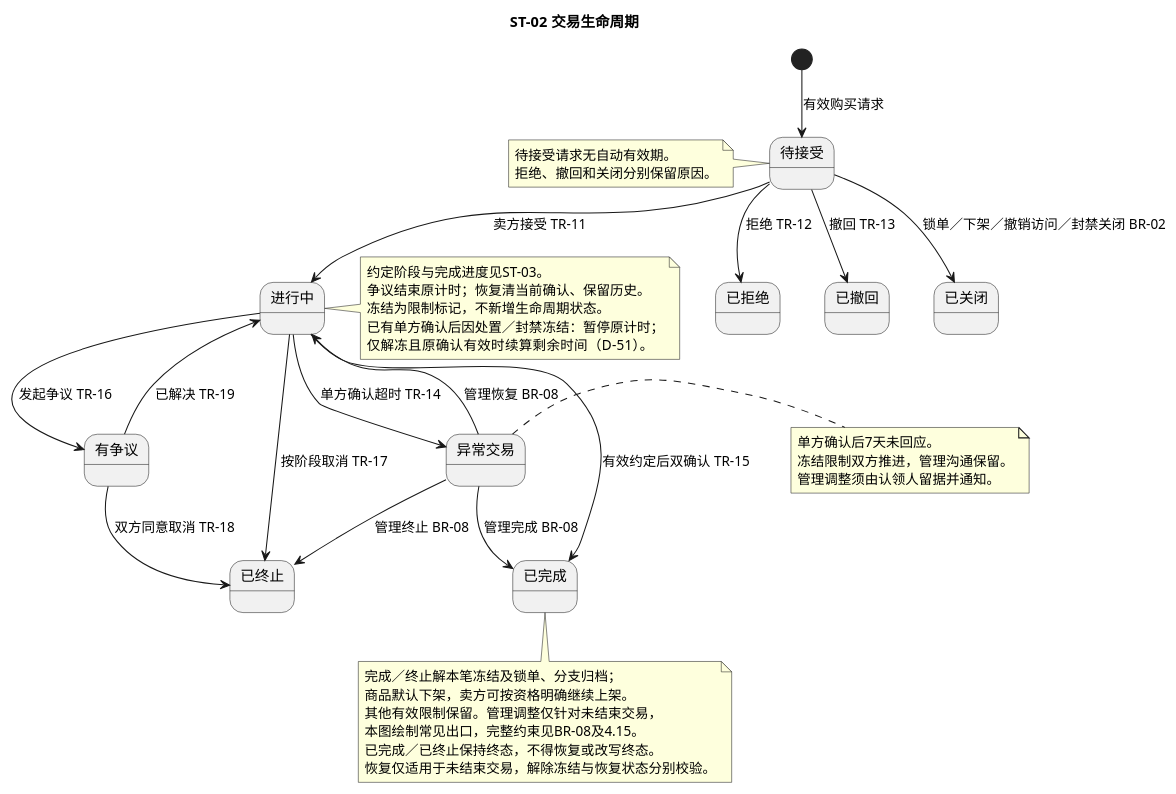
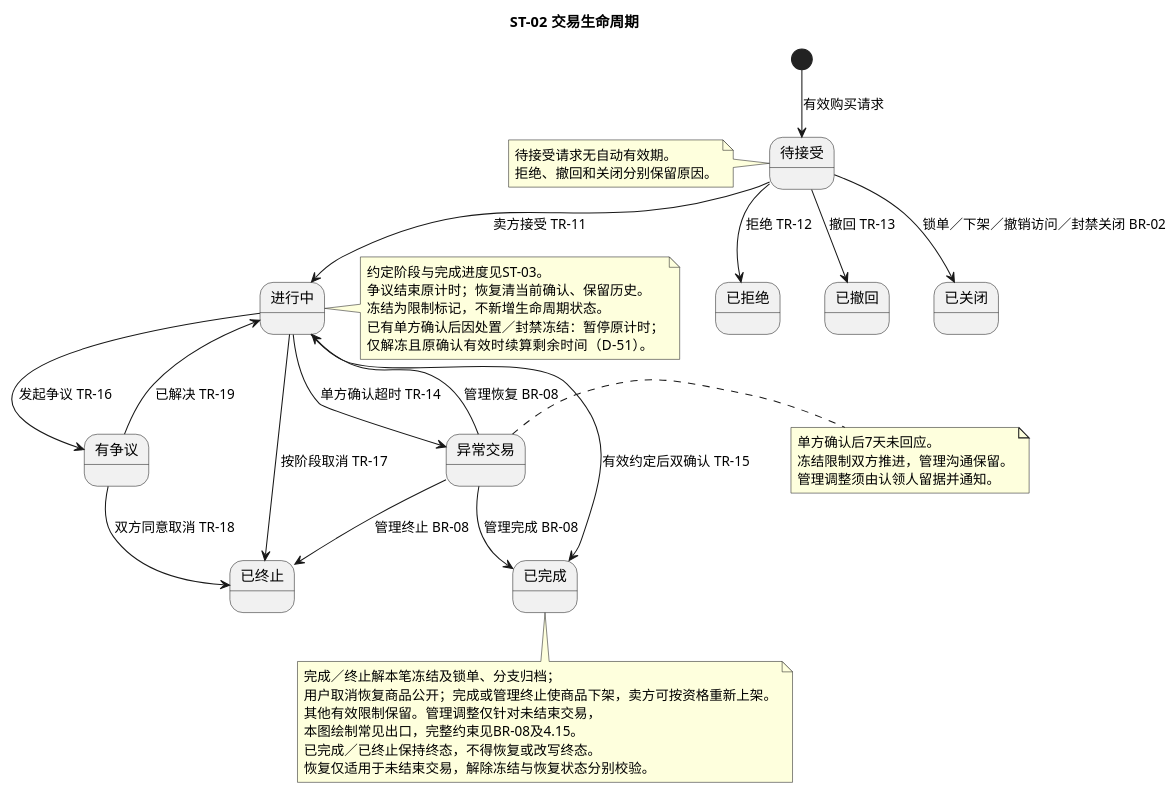
Before and after one commit to iy88/se-course-project-1: the diagram in docs/appendices/models/ST-02-交易状态图.puml, drawn with PlantUML. The commit also changed 110 other files, not shown here.

```diff
--- a/docs/appendices/models/ST-02-交易状态图.puml
+++ b/docs/appendices/models/ST-02-交易状态图.puml
@@ -5,56 +5,56 @@
 @startuml
 skinparam defaultFontName "PingFang SC"
 skinparam shadowing false
 skinparam classAttributeIconSize 0
 skinparam nodesep 35
 skinparam ranksep 45
 hide empty members
 title ST-02 交易生命周期
 state "待接受" as Pending
 state "已拒绝" as Refused
 state "已撤回" as Withdrawn
 state "已关闭" as Closed
 state "进行中" as Ongoing
 state "有争议" as Disputed
 state "异常交易" as Abnormal
 state "已终止" as Terminated
 state "已完成" as Completed
 [*] --> Pending : 有效购买请求
 Pending --> Ongoing : 卖方接受 TR-11
 Pending --> Refused : 拒绝 TR-12
 Pending --> Withdrawn : 撤回 TR-13
 Pending --> Closed : 锁单／下架／撤销访问／封禁关闭 BR-02
 Ongoing --> Completed : 有效约定后双确认 TR-15
 Ongoing --> Terminated : 按阶段取消 TR-17
 Ongoing --> Disputed : 发起争议 TR-16
 Ongoing --> Abnormal : 单方确认超时 TR-14
 Disputed --> Ongoing : 已解决 TR-19
 Disputed --> Terminated : 双方同意取消 TR-18
 Abnormal --> Ongoing : 管理恢复 BR-08
 Abnormal --> Completed : 管理完成 BR-08
 Abnormal --> Terminated : 管理终止 BR-08
 note left of Pending
 待接受请求无自动有效期。
 拒绝、撤回和关闭分别保留原因。
 end note
 note right of Ongoing
 约定阶段与完成进度见ST-03。
 争议结束原计时；恢复清当前确认、保留历史。
 冻结为限制标记，不新增生命周期状态。
 已有单方确认后因处置／封禁冻结：暂停原计时；
 仅解冻且原确认有效时续算剩余时间（D-51）。
 end note
 note right of Abnormal
 单方确认后7天未回应。
 冻结限制双方推进，管理沟通保留。
 管理调整须由认领人留据并通知。
 end note
 note bottom of Completed
 完成／终止解本笔冻结及锁单、分支归档；
-商品默认下架，卖方可按资格明确继续上架。
+用户取消恢复商品公开；完成或管理终止使商品下架，卖方可按资格重新上架。
 其他有效限制保留。管理调整仅针对未结束交易，
 本图绘制常见出口，完整约束见BR-08及4.15。
 已完成／已终止保持终态，不得恢复或改写终态。
 恢复仅适用于未结束交易，解除冻结与恢复状态分别校验。
 end note
 @enduml
```
